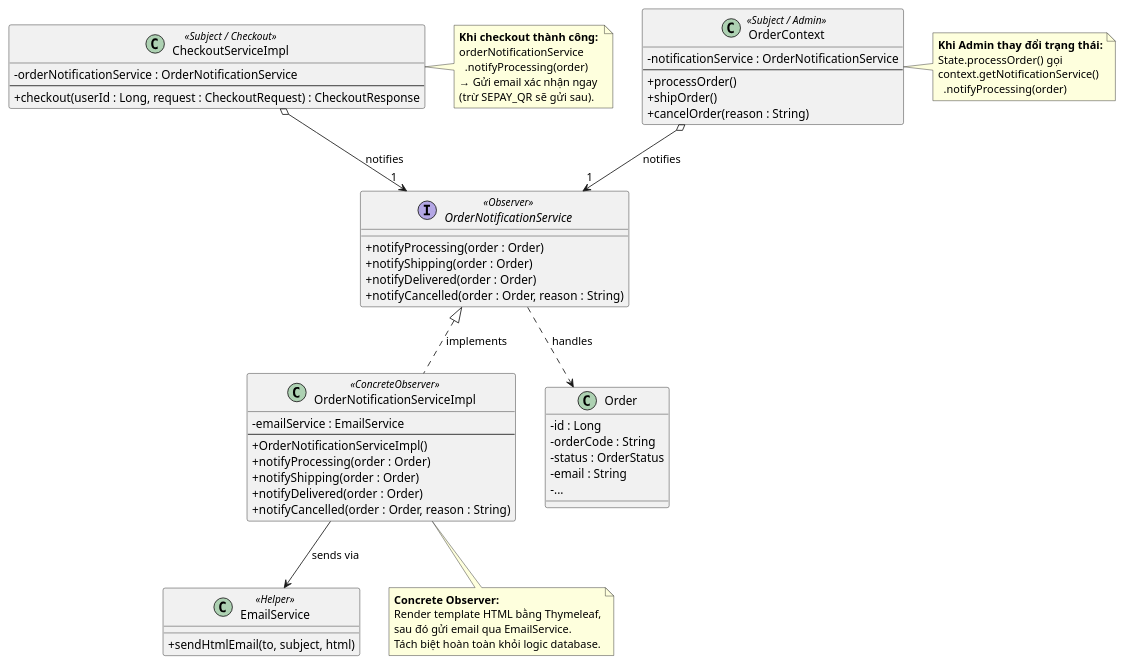
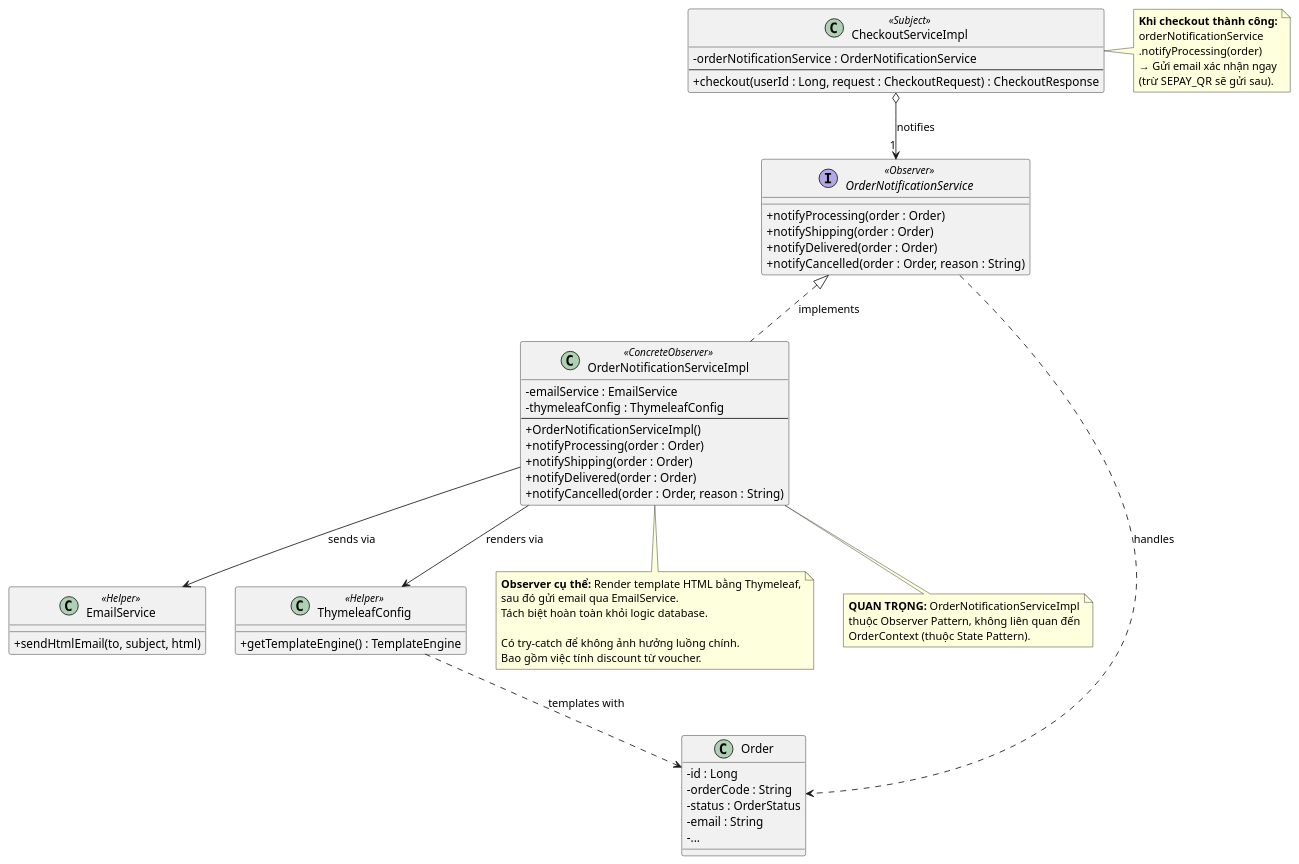
The diagram in src/Hieu_Pattern_Puml/observer_order.puml (trihieuvo/justFUML), drawn with PlantUML before and after one commit. The commit also changed 4 other files, not shown here.

First line of the commit message:
Update PlantUML diagrams for auth/checkout/payment

```diff
--- a/src/Hieu_Pattern_Puml/observer_order.puml
+++ b/src/Hieu_Pattern_Puml/observer_order.puml
@@ -1,82 +1,80 @@
 @startuml
 skinparam ClassAttributeIconSize 0
 
 ' --- Observer Interface ---
 interface OrderNotificationService <<Observer>> {
-    + notifyProcessing(order : Order)
-    + notifyShipping(order : Order)
-    + notifyDelivered(order : Order)
-    + notifyCancelled(order : Order, reason : String)
+  + notifyProcessing(order : Order)
+  + notifyShipping(order : Order)
+  + notifyDelivered(order : Order)
+  + notifyCancelled(order : Order, reason : String)
 }
 
 ' --- Concrete Observer ---
 class OrderNotificationServiceImpl <<ConcreteObserver>> {
-    - emailService : EmailService
-    --
-    + OrderNotificationServiceImpl()
-    + notifyProcessing(order : Order)
-    + notifyShipping(order : Order)
-    + notifyDelivered(order : Order)
-    + notifyCancelled(order : Order, reason : String)
+  - emailService : EmailService
+  - thymeleafConfig : ThymeleafConfig
+  --
+  + OrderNotificationServiceImpl()
+  + notifyProcessing(order : Order)
+  + notifyShipping(order : Order)
+  + notifyDelivered(order : Order)
+  + notifyCancelled(order : Order, reason : String)
 }
 
 ' --- Subject (Publisher) ---
-class CheckoutServiceImpl <<Subject / Checkout>> {
-    - orderNotificationService : OrderNotificationService
-    --
-    + checkout(userId : Long, request : CheckoutRequest) : CheckoutResponse
-}
-
-class OrderContext <<Subject / Admin>> {
-    - notificationService : OrderNotificationService
-    --
-    + processOrder()
-    + shipOrder()
-    + cancelOrder(reason : String)
+class CheckoutServiceImpl <<Subject>> {
+  - orderNotificationService : OrderNotificationService
+  --
+  + checkout(userId : Long, request : CheckoutRequest) : CheckoutResponse
 }
 
 ' --- Dependencies ---
 class EmailService <<Helper>> {
-    + sendHtmlEmail(to, subject, html)
+  + sendHtmlEmail(to, subject, html)
+}
+
+class ThymeleafConfig <<Helper>> {
+  + getTemplateEngine() : TemplateEngine
 }
 
 ' --- Data Entity ---
 class Order {
     - id : Long
     - orderCode : String
     - status : OrderStatus
     - email : String
     - ...
 }
 
 ' --- Relationships ---
 OrderNotificationService <|.. OrderNotificationServiceImpl : "implements"
 OrderNotificationServiceImpl --> EmailService : "sends via"
+OrderNotificationServiceImpl --> ThymeleafConfig : "renders via"
 CheckoutServiceImpl o--> "1" OrderNotificationService : "notifies"
-OrderContext o--> "1" OrderNotificationService : "notifies"
 OrderNotificationService ..> Order : "handles"
+ThymeleafConfig ..> Order : "templates with"
 
-' --- Notes ---
 note bottom of OrderNotificationServiceImpl
-  **Concrete Observer:**
-  Render template HTML bằng Thymeleaf,
+  **Observer cụ thể:** Render template HTML bằng Thymeleaf,
   sau đó gửi email qua EmailService.
   Tách biệt hoàn toàn khỏi logic database.
+
+  Có try-catch để không ảnh hưởng luồng chính.
+  Bao gồm việc tính discount từ voucher.
 end note
 
 note right of CheckoutServiceImpl
   **Khi checkout thành công:**
   orderNotificationService
-    .notifyProcessing(order)
-  → Gửi email xác nhận ngay 
+  .notifyProcessing(order)
+  → Gửi email xác nhận ngay
   (trừ SEPAY_QR sẽ gửi sau).
 end note
 
-note right of OrderContext
-  **Khi Admin thay đổi trạng thái:**
-  State.processOrder() gọi
-  context.getNotificationService()
-    .notifyProcessing(order)
+note bottom of OrderNotificationServiceImpl
+  **QUAN TRỌNG:** OrderNotificationServiceImpl
+  thuộc Observer Pattern, không liên quan đến
+  OrderContext (thuộc State Pattern).
 end note
 
 @enduml
```
